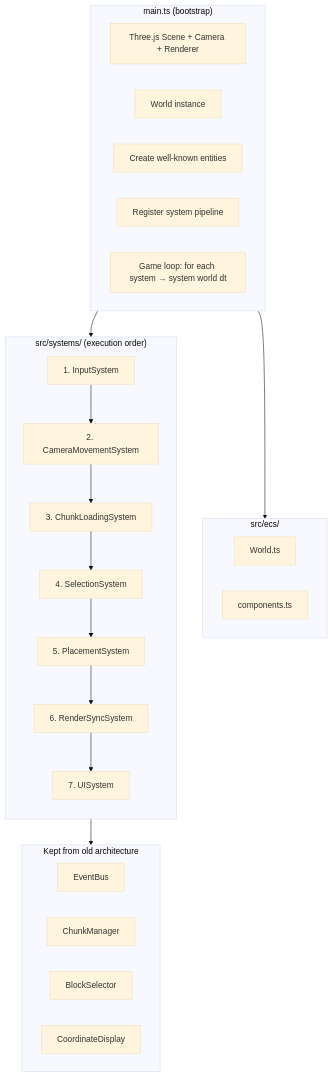
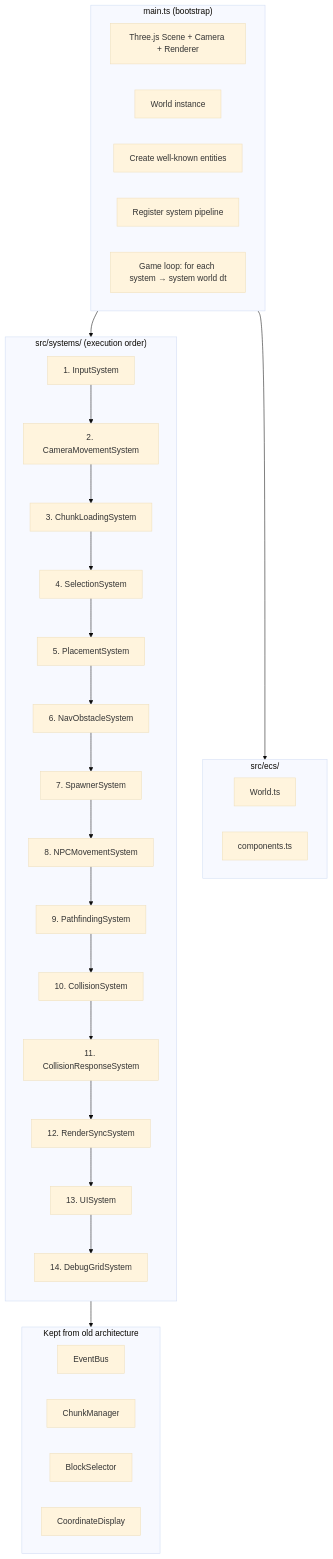
The second of 10 diagrams in docs/ecs-architecture.md (PaulBratslavsky/new-three-js-game), drawn with Mermaid (base theme) before and after one commit. The commit also changed other lines of this file and 17 other files, not shown here.

````diff
--- a/docs/ecs-architecture.md
+++ b/docs/ecs-architecture.md
@@ -54,38 +54,45 @@
 ```mermaid
 graph TB
     subgraph Bootstrap["main.ts (bootstrap)"]
         SCENE[Three.js Scene + Camera + Renderer]
         WORLD[World instance]
         ENTITIES[Create well-known entities]
         SYSTEMS[Register system pipeline]
         LOOP[Game loop: for each system → system world dt]
     end
 
     subgraph ECS["src/ecs/"]
         WORLD_CLASS[World.ts]
         COMPONENTS[components.ts]
     end
 
     subgraph SystemPipeline["src/systems/ (execution order)"]
         direction TB
         S1[1. InputSystem]
         S2[2. CameraMovementSystem]
         S3[3. ChunkLoadingSystem]
         S4[4. SelectionSystem]
         S5[5. PlacementSystem]
-        S6[6. RenderSyncSystem]
-        S7[7. UISystem]
-        S1 --> S2 --> S3 --> S4 --> S5 --> S6 --> S7
+        S6[6. NavObstacleSystem]
+        S7[7. SpawnerSystem]
+        S8[8. NPCMovementSystem]
+        S9[9. PathfindingSystem]
+        S10[10. CollisionSystem]
+        S11[11. CollisionResponseSystem]
+        S12[12. RenderSyncSystem]
+        S13[13. UISystem]
+        S14[14. DebugGridSystem]
+        S1 --> S2 --> S3 --> S4 --> S5 --> S6 --> S7 --> S8 --> S9 --> S10 --> S11 --> S12 --> S13 --> S14
     end
 
     subgraph External["Kept from old architecture"]
         EB[EventBus]
         CM[ChunkManager]
         UI_BS[BlockSelector]
         UI_CD[CoordinateDisplay]
     end
 
     Bootstrap --> ECS
     Bootstrap --> SystemPipeline
     SystemPipeline --> External
 ```
````
